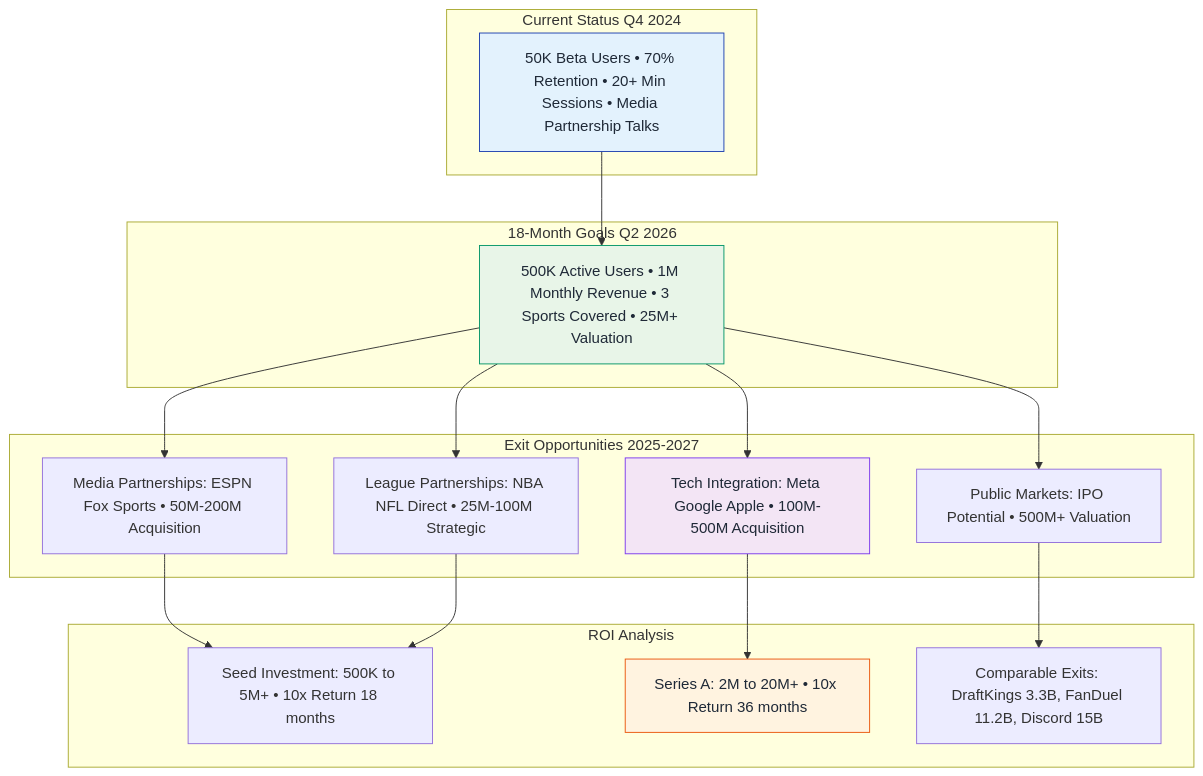
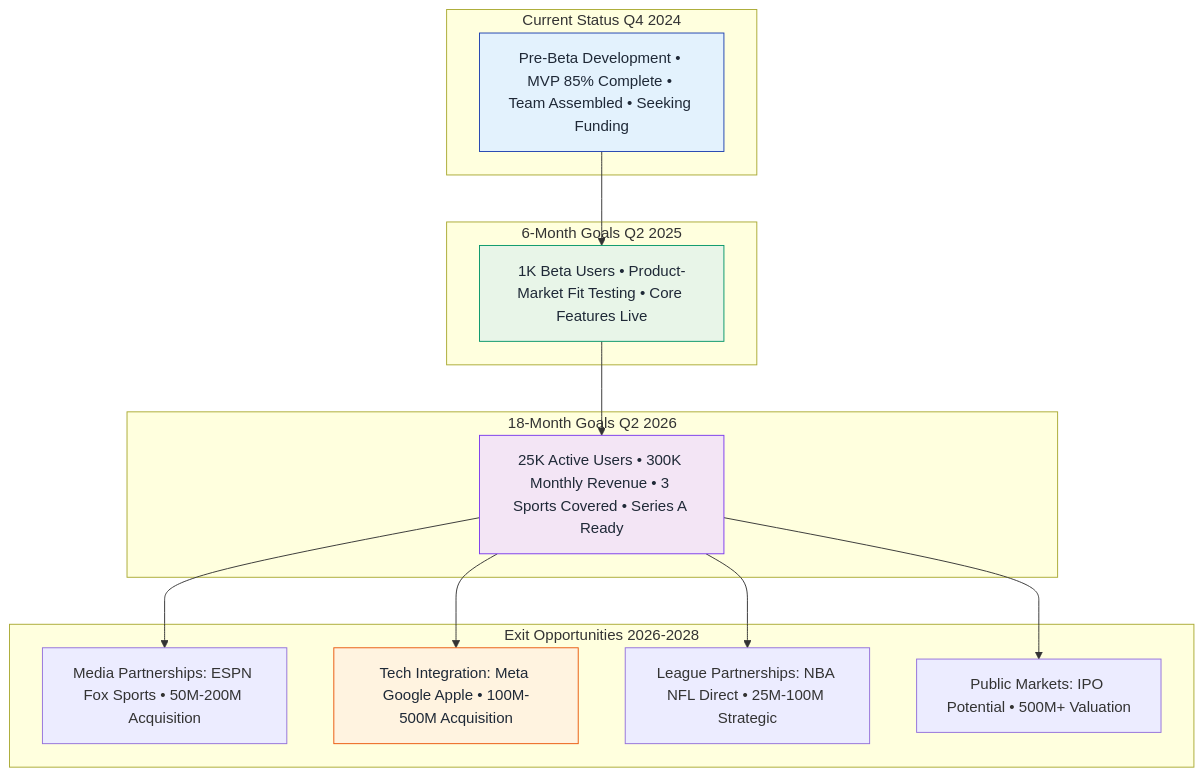
The sixth of 7 diagrams in docs/investor-flows.md (SkaFld-Ignite/ref-u-wireframes), drawn with Mermaid before and after one commit. The commit also changed other lines of this file, not shown here.

Commit message:
Update investor flows with accurate pre-beta stage and working citations

````diff
--- a/docs/investor-flows.md
+++ b/docs/investor-flows.md
@@ -379,38 +243,33 @@
 ```mermaid
 graph TB
     subgraph "Current Status Q4 2024"
-        A1[50K Beta Users • 70% Retention • 20+ Min Sessions • Media Partnership Talks]
+        A1[Pre-Beta Development • MVP 85% Complete • Team Assembled • Seeking Funding]
+    end
+    
+    subgraph "6-Month Goals Q2 2025"
+        B1[1K Beta Users • Product-Market Fit Testing • Core Features Live]
     end
     
     subgraph "18-Month Goals Q2 2026"
-        B1[500K Active Users • 1M Monthly Revenue • 3 Sports Covered • 25M+ Valuation]
+        C1[25K Active Users • 300K Monthly Revenue • 3 Sports Covered • Series A Ready]
     end
     
-    subgraph "Exit Opportunities 2025-2027"
-        C1[Media Partnerships: ESPN Fox Sports • 50M-200M Acquisition]
-        C2[Tech Integration: Meta Google Apple • 100M-500M Acquisition]
-        C3[League Partnerships: NBA NFL Direct • 25M-100M Strategic]
-        C4[Public Markets: IPO Potential • 500M+ Valuation]
-    end
-    
-    subgraph "ROI Analysis"
-        D1[Seed Investment: 500K to 5M+ • 10x Return 18 months]
-        D2[Series A: 2M to 20M+ • 10x Return 36 months]
-        D3[Comparable Exits: DraftKings 3.3B, FanDuel 11.2B, Discord 15B]
+    subgraph "Exit Opportunities 2026-2028"
+        D1[Media Partnerships: ESPN Fox Sports • 50M-200M Acquisition]
+        D2[Tech Integration: Meta Google Apple • 100M-500M Acquisition]
+        D3[League Partnerships: NBA NFL Direct • 25M-100M Strategic]
+        D4[Public Markets: IPO Potential • 500M+ Valuation]
     end
     
     A1 --> B1
     B1 --> C1
-    B1 --> C2
-    B1 --> C3
-    B1 --> C4
     C1 --> D1
-    C2 --> D2
-    C3 --> D1
-    C4 --> D3
+    C1 --> D2
+    C1 --> D3
+    C1 --> D4
     
     style A1 fill:#e3f2fd,stroke:#1e40af,color:#1f2937
     style B1 fill:#e8f5e8,stroke:#059669,color:#1f2937
-    style C2 fill:#f3e5f5,stroke:#7c3aed,color:#1f2937
+    style C1 fill:#f3e5f5,stroke:#7c3aed,color:#1f2937
     style D2 fill:#fff3e0,stroke:#ea580c,color:#1f2937
 ```
````
